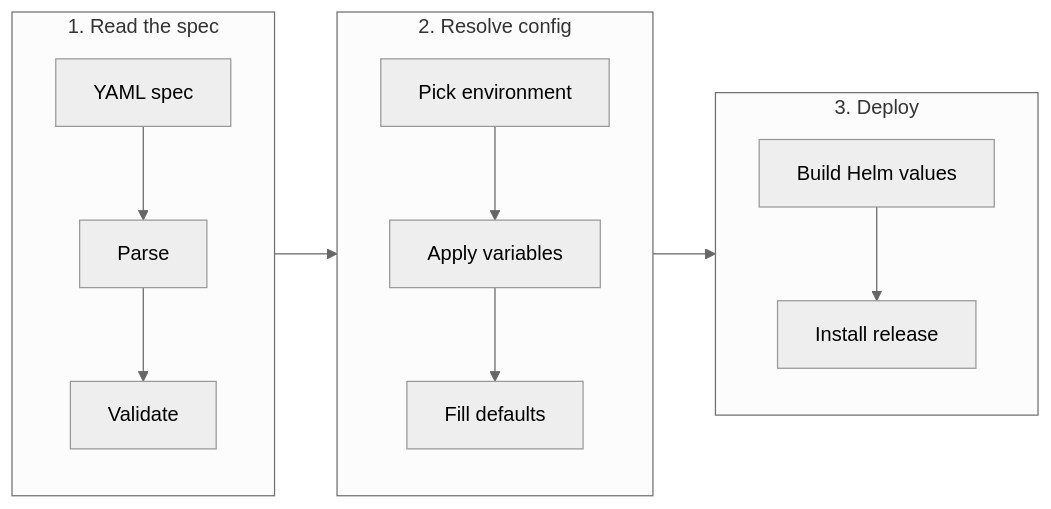
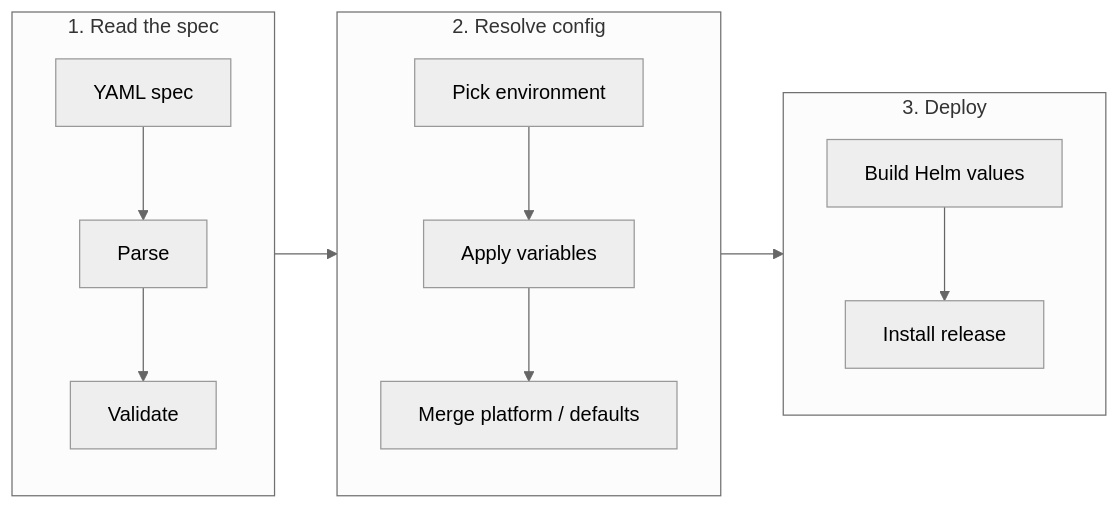
Before and after one commit to deployah-dev/deployah: the diagram in README.md, drawn with Mermaid (neutral theme). The commit also changed other lines of this file, not shown here.

Commit message:
document defaults and plan --raw inspection

````diff
--- a/README.md
+++ b/README.md
@@ -262,16 +263,16 @@
 ```mermaid
 flowchart LR
     subgraph phase1["1. Read the spec"]
         direction TB
         A["YAML spec"] --> B["Parse"] --> C["Validate"]
     end
     subgraph phase2["2. Resolve config"]
         direction TB
-        D["Pick environment"] --> E["Apply variables"] --> F["Fill defaults"]
+        D["Pick environment"] --> E["Apply variables"] --> F["Merge platform / defaults"]
     end
     subgraph phase3["3. Deploy"]
         direction TB
         G["Build Helm values"] --> H["Install release"]
     end
     phase1 --> phase2 --> phase3
 ```
````
